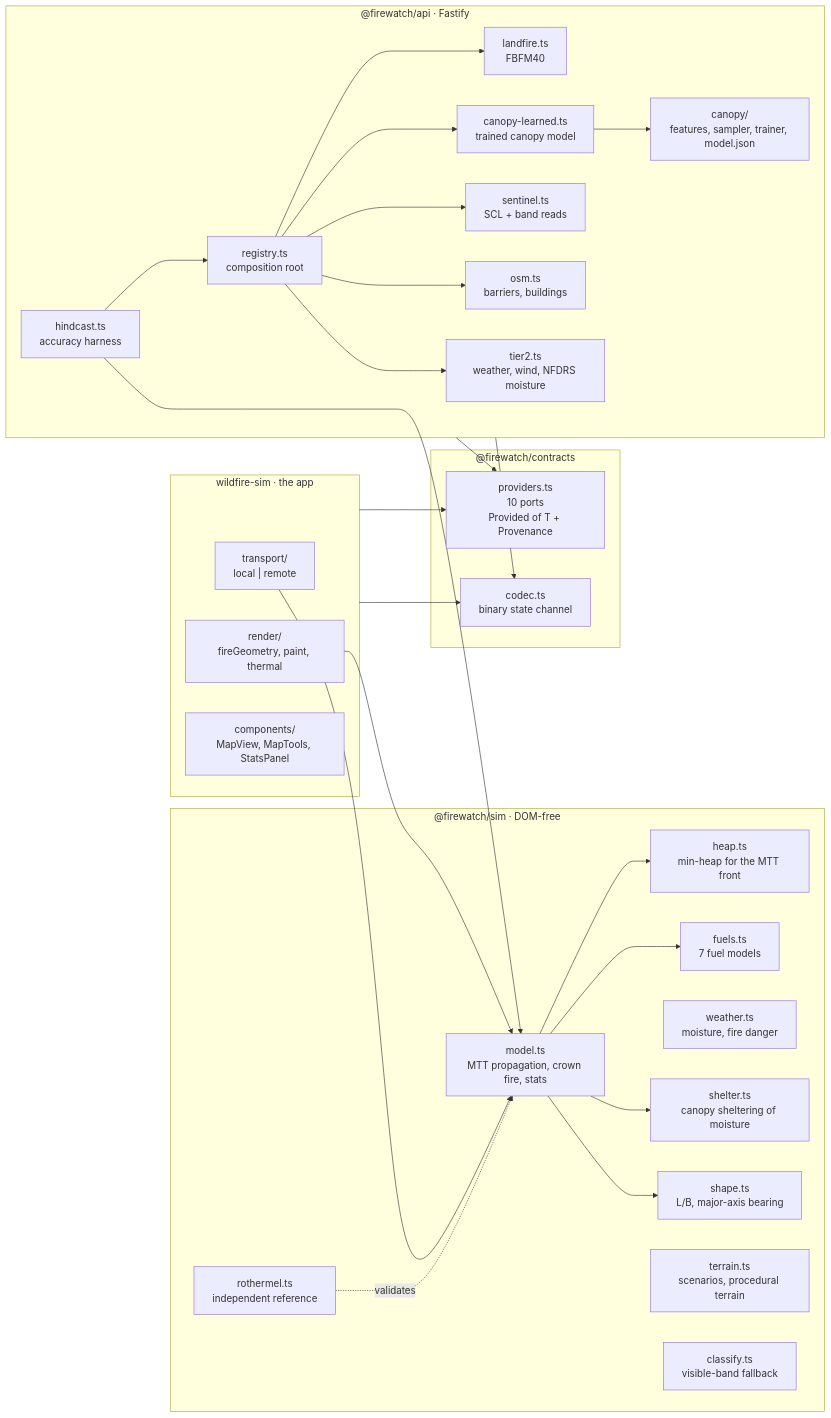
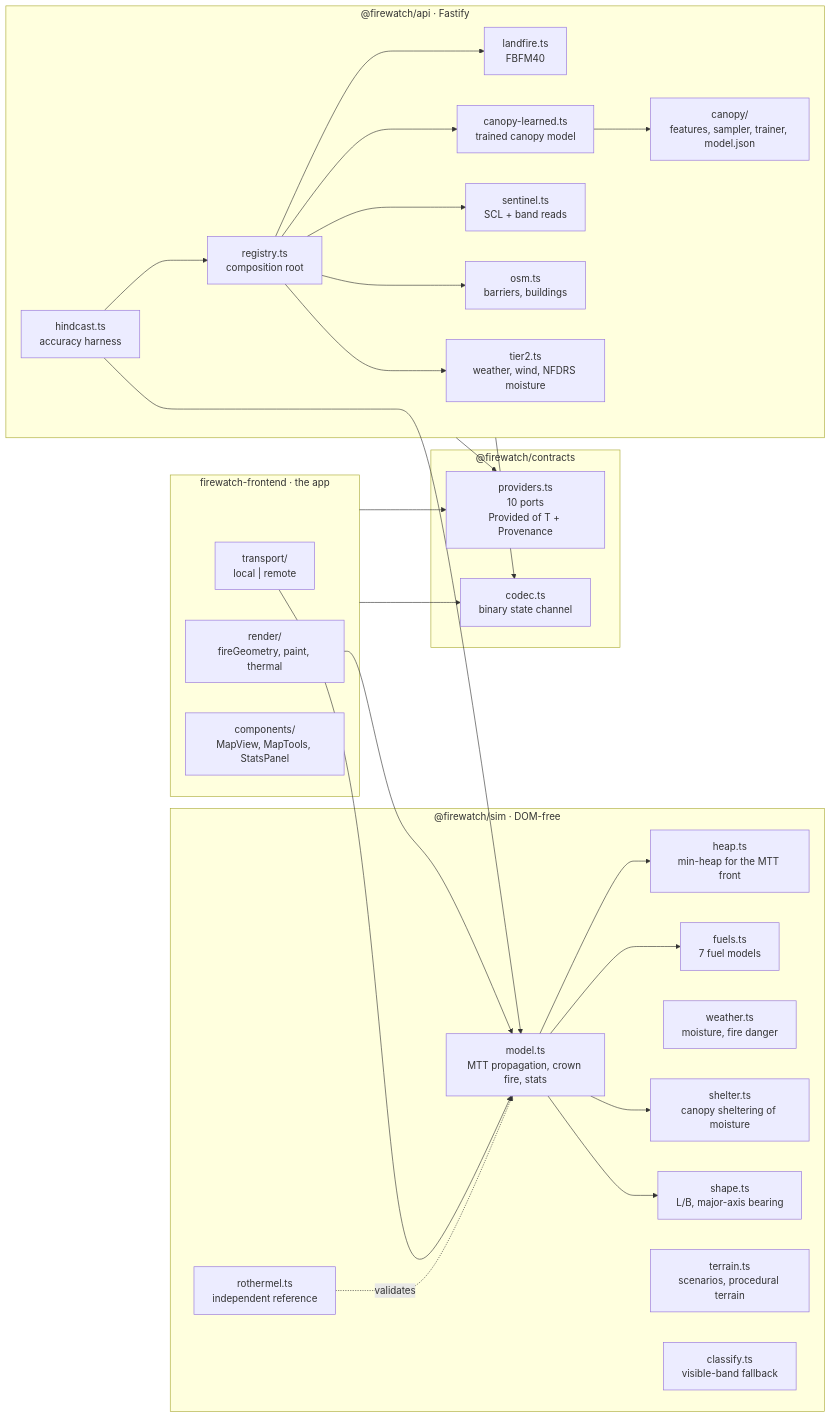
The second of 3 diagrams in pitch.md (RubSar/firewatch-ai), drawn with Mermaid before and after one commit. The commit also changed other lines of this file and 56 other files, not shown here.

````diff
--- a/pitch.md
+++ b/pitch.md
@@ -151,46 +151,46 @@
 ```mermaid
 flowchart LR
     subgraph sim["@firewatch/sim · DOM-free"]
         model["model.ts<br/>MTT propagation, crown fire, stats"]
         heap["heap.ts<br/>min-heap for the MTT front"]
         fuels["fuels.ts<br/>7 fuel models"]
         weather["weather.ts<br/>moisture, fire danger"]
         shelter["shelter.ts<br/>canopy sheltering of moisture"]
         shape["shape.ts<br/>L/B, major-axis bearing"]
         roth["rothermel.ts<br/>independent reference"]
         terrain["terrain.ts<br/>scenarios, procedural terrain"]
         classify["classify.ts<br/>visible-band fallback"]
     end
 
     subgraph contracts["@firewatch/contracts"]
         ports["providers.ts<br/>10 ports<br/>Provided of T + Provenance"]
         codec["codec.ts<br/>binary state channel"]
     end
 
     subgraph api["@firewatch/api · Fastify"]
         registry["registry.ts<br/>composition root"]
         landfire["landfire.ts<br/>FBFM40"]
         canopyml["canopy-learned.ts<br/>trained canopy model"]
         sentinel["sentinel.ts<br/>SCL + band reads"]
         osmp["osm.ts<br/>barriers, buildings"]
         tier2["tier2.ts<br/>weather, wind, NFDRS moisture"]
         hindcast["hindcast.ts<br/>accuracy harness"]
         canopydir["canopy/<br/>features, sampler, trainer, model.json"]
     end
 
-    subgraph app["wildfire-sim · the app"]
+    subgraph app["firewatch-frontend · the app"]
         transport["transport/<br/>local | remote"]
         render["render/<br/>fireGeometry, paint, thermal"]
         components["components/<br/>MapView, MapTools, StatsPanel"]
     end
 
     model --> heap & fuels & shelter & shape
     roth -.->|"validates"| model
     registry --> landfire & canopyml & sentinel & osmp & tier2
     canopyml --> canopydir
     api --> ports & codec
     app --> ports & codec
     transport --> model
     render --> model
     hindcast --> model & registry
 ```
````
